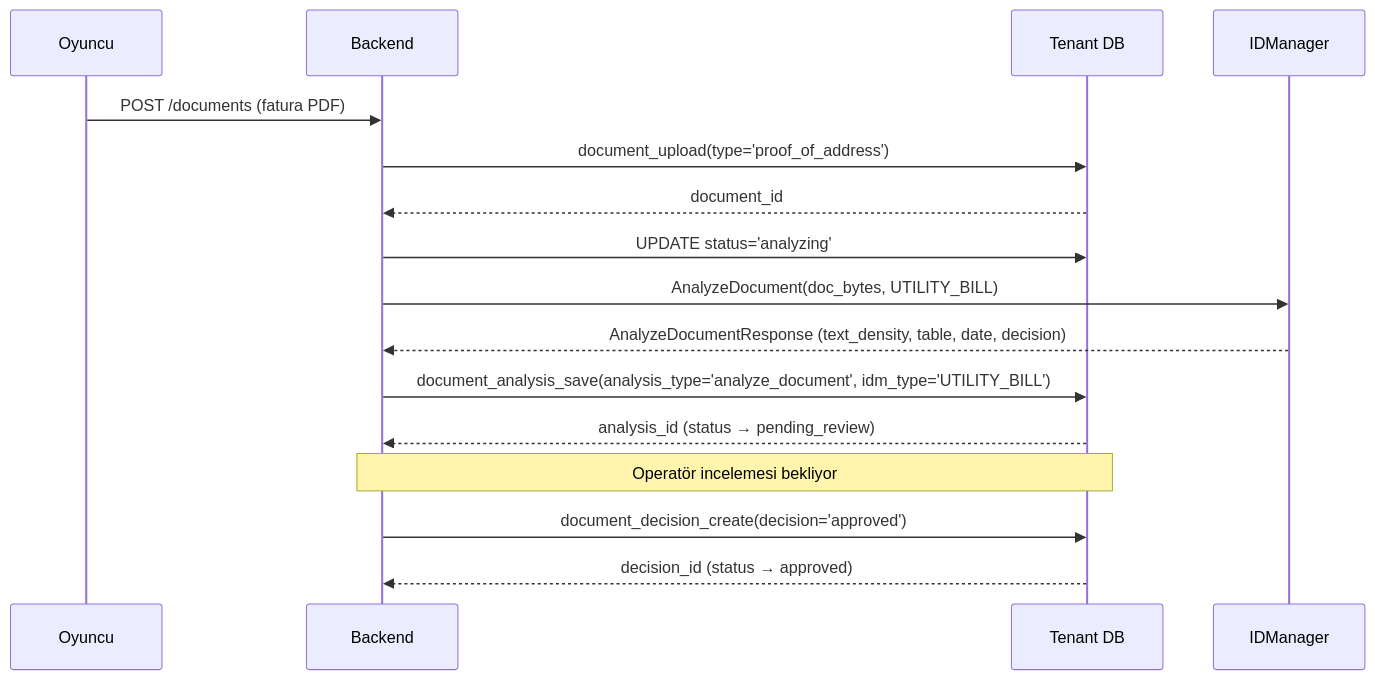
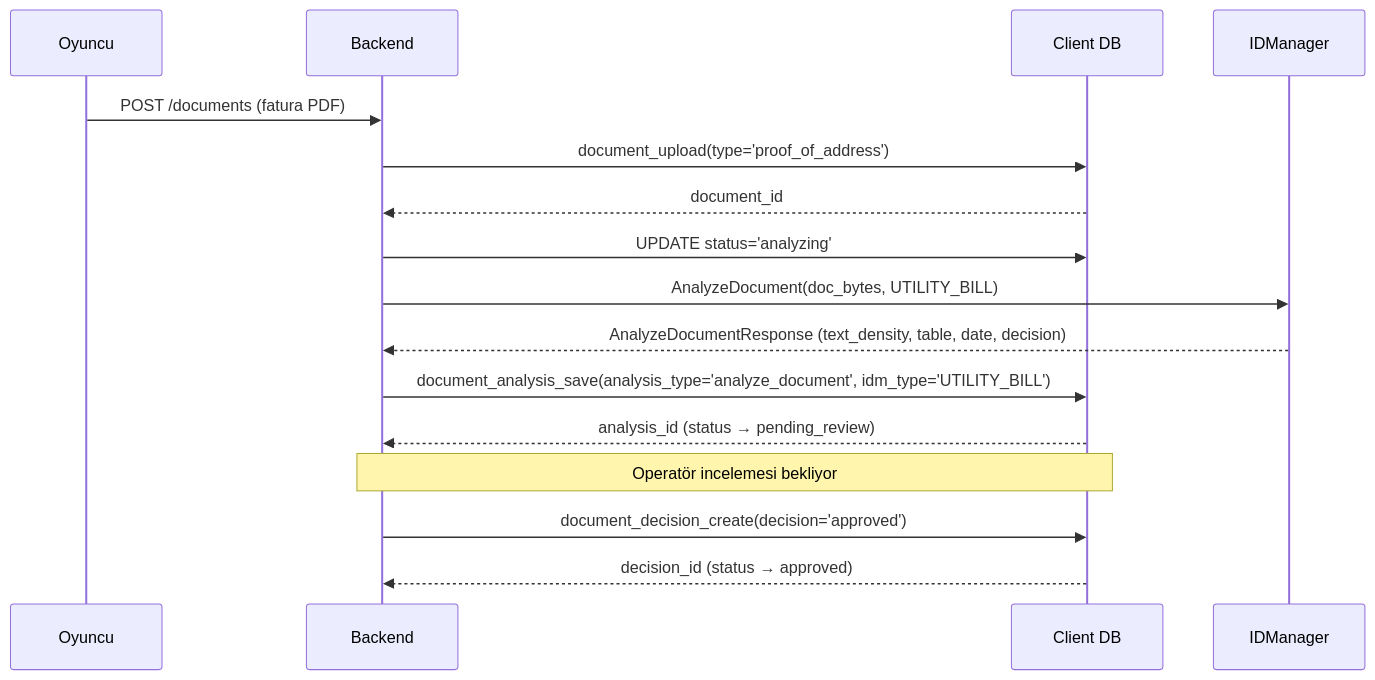
One commit to frhtshn/One.DB changed the third of 4 diagrams in .docs/guides/IDMANAGER_INTEGRATION_GUIDE.md. Above: the diagram before and after it, drawn with Mermaid. The commit also changed other lines of this file and 442 other files, not shown here.

First line of the commit message:
Nucleo → Sortis One ve tenant → client içerik güncellemeleri

````diff
--- a/.docs/guides/IDMANAGER_INTEGRATION_GUIDE.md
+++ b/.docs/guides/IDMANAGER_INTEGRATION_GUIDE.md
@@ -165,23 +165,23 @@
 ```mermaid
 sequenceDiagram
     participant P as Oyuncu
     participant BE as Backend
-    participant DB as Tenant DB
+    participant DB as Client DB
     participant IDM as IDManager
 
     P->>BE: POST /documents (fatura PDF)
     BE->>DB: document_upload(type='proof_of_address')
     DB-->>BE: document_id
 
     BE->>DB: UPDATE status='analyzing'
     BE->>IDM: AnalyzeDocument(doc_bytes, UTILITY_BILL)
     IDM-->>BE: AnalyzeDocumentResponse (text_density, table, date, decision)
 
     BE->>DB: document_analysis_save(analysis_type='analyze_document', idm_type='UTILITY_BILL')
     DB-->>BE: analysis_id (status → pending_review)
 
     Note over BE,DB: Operatör incelemesi bekliyor
 
     BE->>DB: document_decision_create(decision='approved')
     DB-->>BE: decision_id (status → approved)
 ```
````
